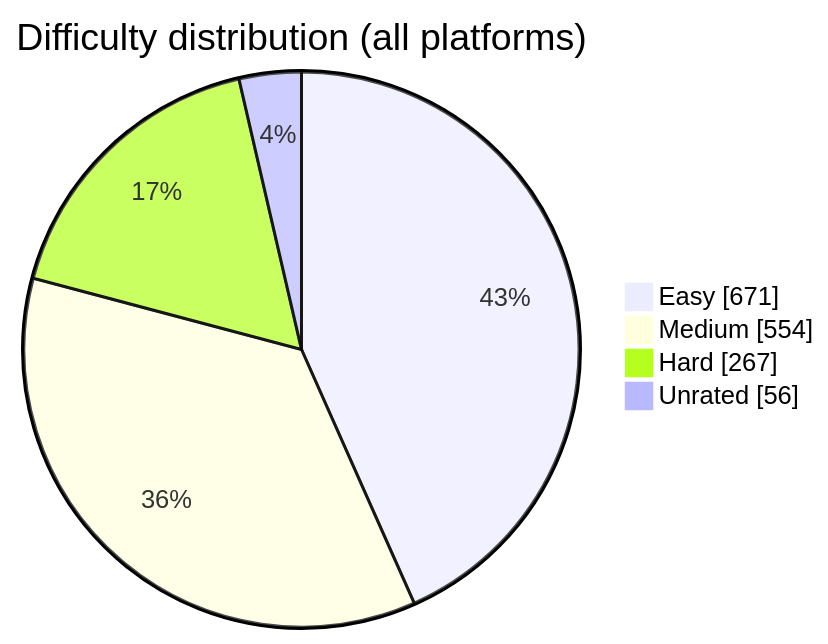
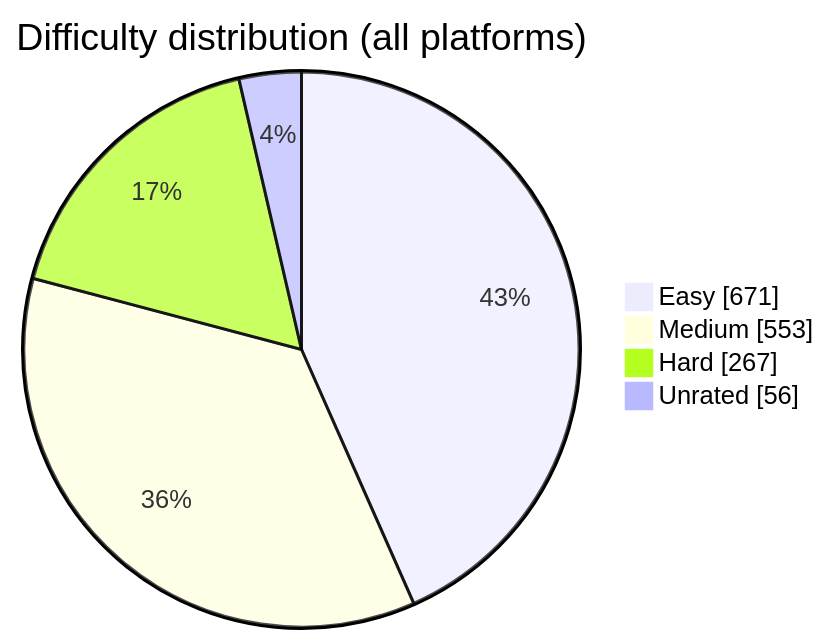
Before and after one commit to BuildbyArindam/Daily-Coding-Log: the diagram in README.md, drawn with Mermaid. The commit also changed other lines of this file, not shown here.

````diff
--- a/README.md
+++ b/README.md
@@ -93,7 +93,7 @@
 ```mermaid
 pie showData title Difficulty distribution (all platforms)
     "Easy" : 671
-    "Medium" : 554
+    "Medium" : 553
     "Hard" : 267
     "Unrated" : 56
 ```
````
